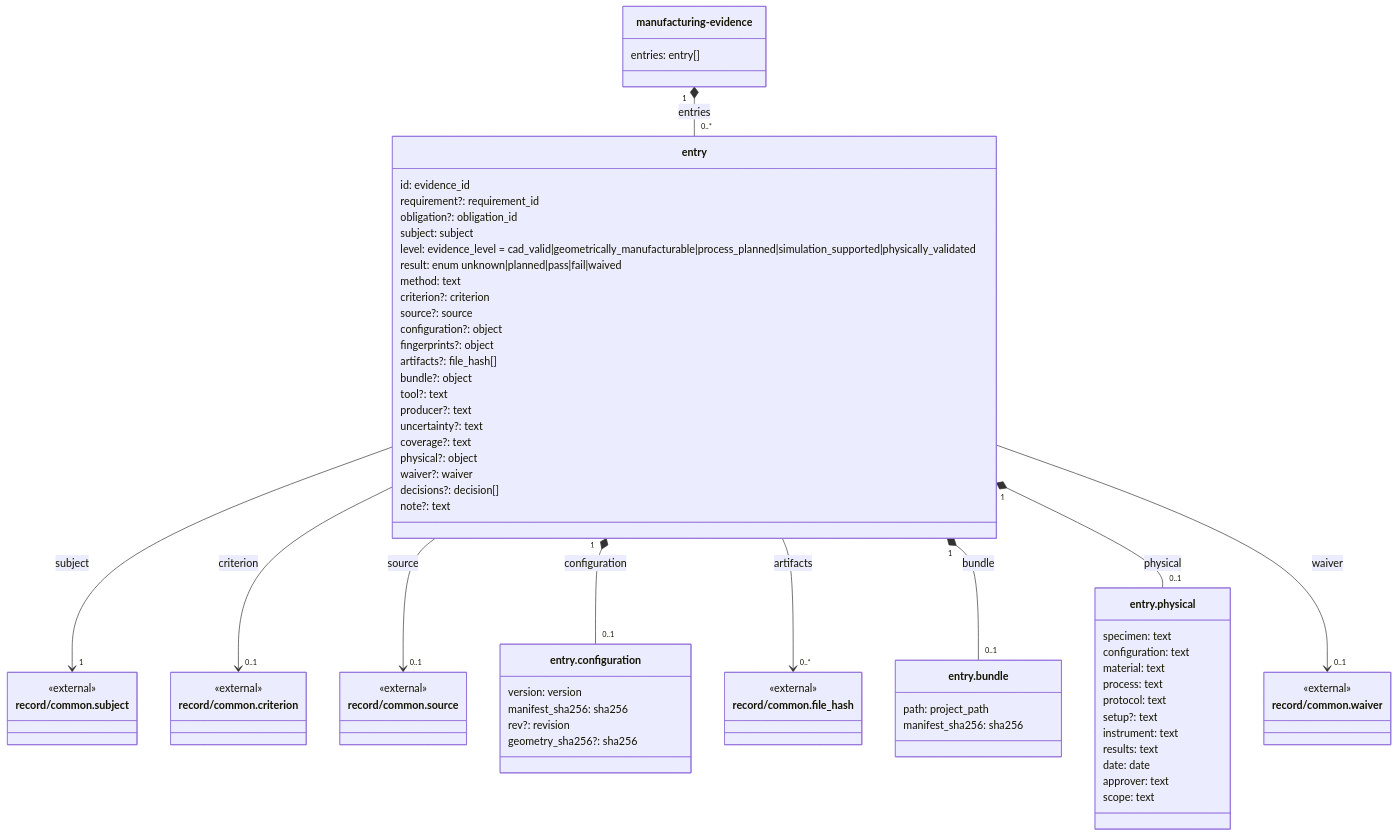
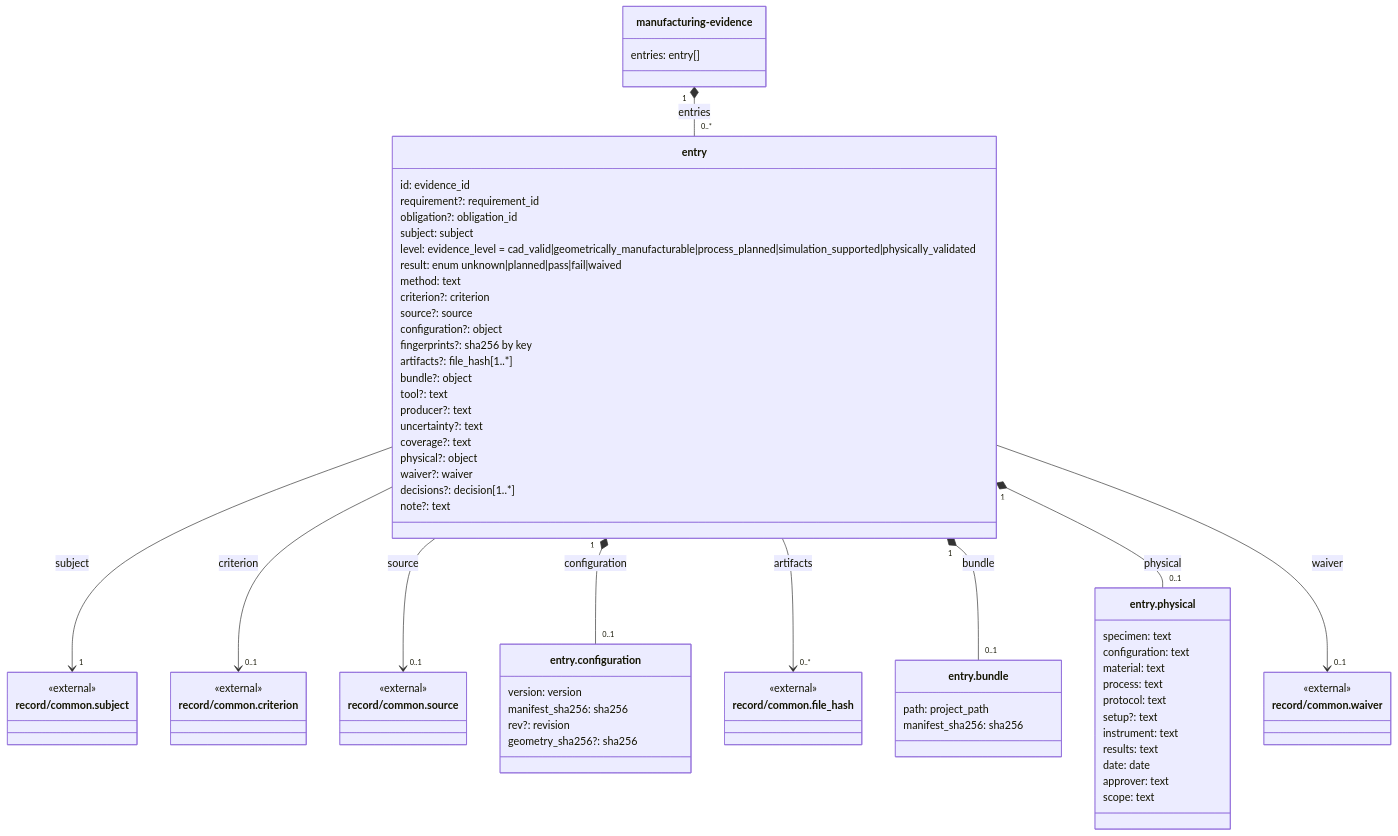
One commit to benchhand/benchhand-next changed diagram 15 of 24 in docs/contract/generated/domain-model.md. Above: the diagram before and after it, drawn with Mermaid. The commit also changed other lines of this file and 3 other files, not shown here.

Commit message:
fix(contracts): keep nullability, typed map values, tuples and nested array bounds in the domain model, write literals as JSON, and count the overview's $refs from the schemas

````diff
--- a/docs/contract/generated/domain-model.md
+++ b/docs/contract/generated/domain-model.md
@@ -1894,76 +1911,76 @@
 ```mermaid
 classDiagram
     class record_manufacturing_evidence["manufacturing-evidence"] {
         entries: entry[]
     }
     class record_manufacturing_evidence__entry["entry"] {
         id: evidence_id
         requirement?: requirement_id
         obligation?: obligation_id
         subject: subject
         level: evidence_level = cad_valid|geometrically_manufacturable|process_planned|simulation_supported|physically_validated
         result: enum unknown|planned|pass|fail|waived
         method: text
         criterion?: criterion
         source?: source
         configuration?: object
-        fingerprints?: object
-        artifacts?: file_hash[]
+        fingerprints?: sha256 by key
+        artifacts?: file_hash[1..*]
         bundle?: object
         tool?: text
         producer?: text
         uncertainty?: text
         coverage?: text
         physical?: object
         waiver?: waiver
-        decisions?: decision[]
+        decisions?: decision[1..*]
         note?: text
     }
     class record_manufacturing_evidence__entry__configuration["entry.configuration"] {
         version: version
         manifest_sha256: sha256
         rev?: revision
         geometry_sha256?: sha256
     }
     class record_manufacturing_evidence__entry__bundle["entry.bundle"] {
         path: project_path
         manifest_sha256: sha256
     }
     class record_manufacturing_evidence__entry__physical["entry.physical"] {
         specimen: text
         configuration: text
         material: text
         process: text
         protocol: text
         setup?: text
         instrument: text
         results: text
         date: date
         approver: text
         scope: text
     }
     class record_common__criterion["record/common.criterion"] {
         <<external>>
     }
     class record_common__file_hash["record/common.file_hash"] {
         <<external>>
     }
     class record_common__source["record/common.source"] {
         <<external>>
     }
     class record_common__subject["record/common.subject"] {
         <<external>>
     }
     class record_common__waiver["record/common.waiver"] {
         <<external>>
     }
     record_manufacturing_evidence__entry --> "1" record_common__subject : subject
     record_manufacturing_evidence__entry --> "0..1" record_common__criterion : criterion
     record_manufacturing_evidence__entry --> "0..1" record_common__source : source
     record_manufacturing_evidence__entry "1" *-- "0..1" record_manufacturing_evidence__entry__configuration : configuration
     record_manufacturing_evidence__entry --> "0..*" record_common__file_hash : artifacts
     record_manufacturing_evidence__entry "1" *-- "0..1" record_manufacturing_evidence__entry__bundle : bundle
     record_manufacturing_evidence__entry "1" *-- "0..1" record_manufacturing_evidence__entry__physical : physical
     record_manufacturing_evidence__entry --> "0..1" record_common__waiver : waiver
     record_manufacturing_evidence "1" *-- "0..*" record_manufacturing_evidence__entry : entries
 ```
````
